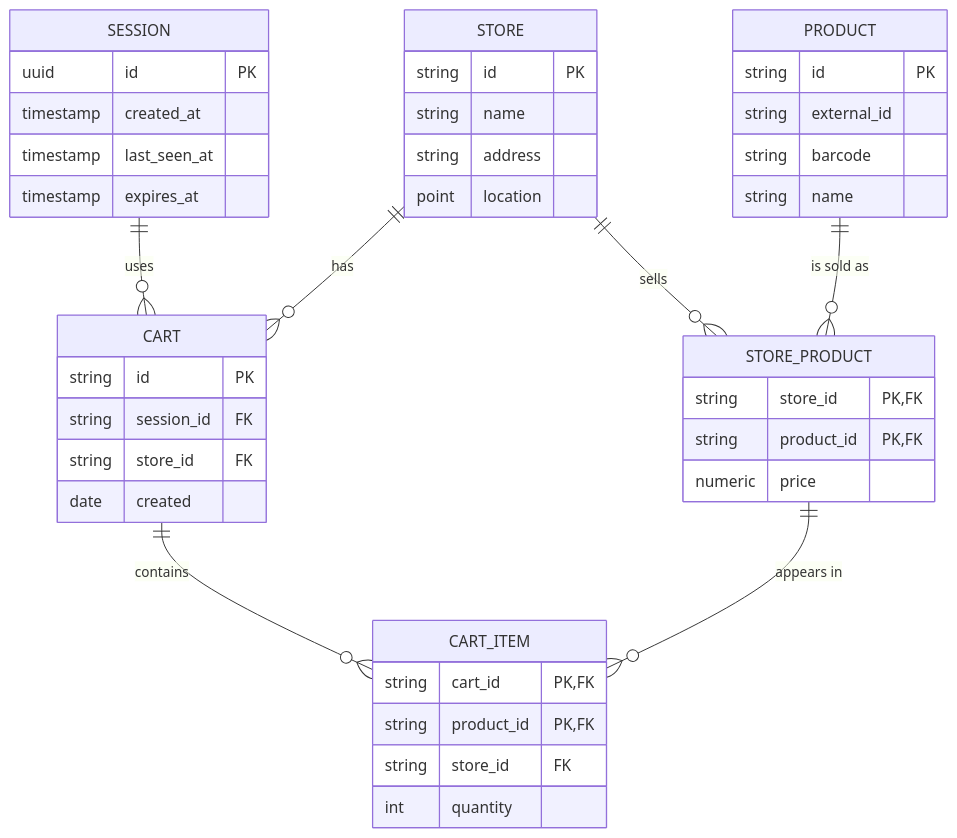
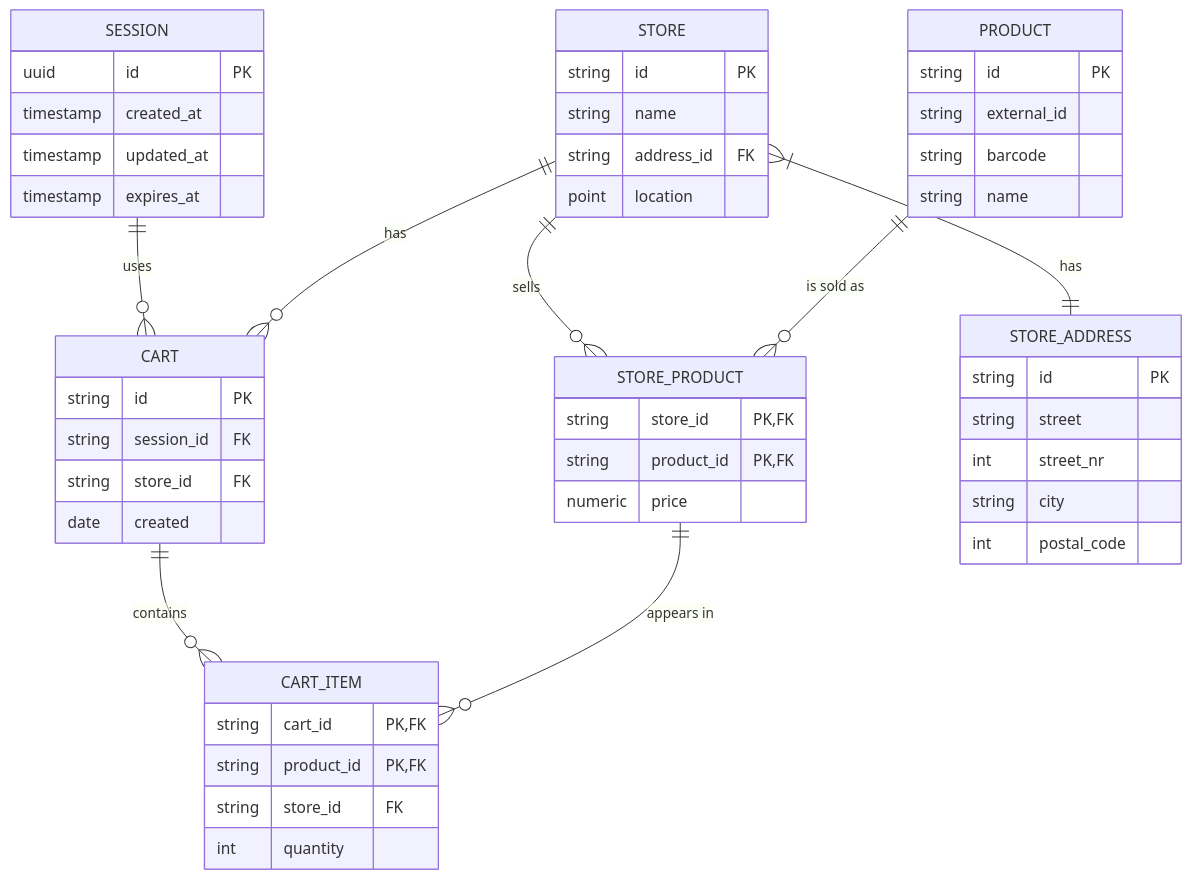
Before and after one commit to cool-scan-app/UniBlip: the diagram in apps/api/ERD.md, drawn with Mermaid. The commit also changed 9 other files, not shown here.

````diff
--- a/apps/api/ERD.md
+++ b/apps/api/ERD.md
@@ -1,44 +1,52 @@
 ```mermaid
 erDiagram
     SESSION ||--o{ CART : uses
     CART ||--o{ CART_ITEM : contains
     STORE_PRODUCT ||--o{ CART_ITEM : "appears in"
     STORE ||--o{ CART : has
     STORE ||--o{ STORE_PRODUCT : sells
+    STORE }|--|| STORE_ADDRESS : has
     PRODUCT ||--o{ STORE_PRODUCT : "is sold as"
     SESSION {
         uuid id PK
         timestamp created_at
-        timestamp last_seen_at
+        timestamp updated_at
         timestamp expires_at
     }
     CART {
         string id PK
         string session_id FK
         string store_id FK
         date created
     }
     PRODUCT {
         string id PK
         string external_id
         string barcode
         string name
     }
     CART_ITEM {
         string cart_id PK,FK
         string product_id PK,FK
         string store_id FK
         int quantity
     }
     STORE {
         string id PK
         string name
-        string address
+        string address_id FK
         point location
+    }
+    STORE_ADDRESS {
+        string id PK
+        string street
+        int street_nr
+        string city
+        int postal_code
     }
     STORE_PRODUCT {
         string store_id PK,FK
         string product_id PK,FK
         numeric price
     }
 ```
````
